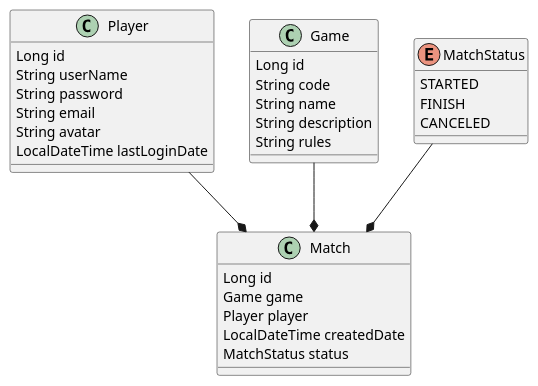
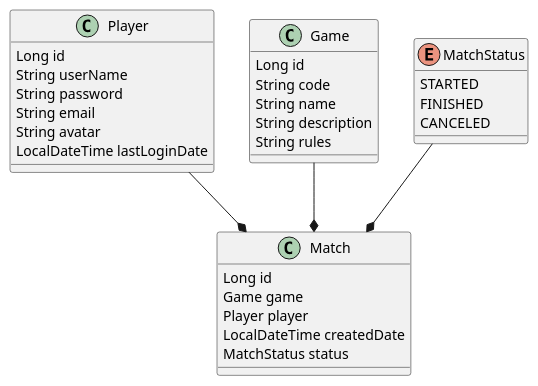
The diagram in docs/model/model.puml (114042-TOLEDO-BRUNO/Practica-Spring), drawn with PlantUML before and after one commit. The commit also changed 7 other files, not shown here.

```diff
--- a/docs/model/model.puml
+++ b/docs/model/model.puml
@@ -1,32 +1,32 @@
 @startuml
 class Player{
 Long id
 String userName
 String password
 String email
 String avatar
 LocalDateTime lastLoginDate
 }
 class Game{
 Long id
 String code
 String name
 String description
 String rules
 }
 class Match{
 Long id
 Game game
 Player player
 LocalDateTime createdDate
 MatchStatus status
 }
 enum MatchStatus{
 STARTED
-FINISH
+FINISHED
 CANCELED
 }
 MatchStatus--*Match
 Game --*Match
 Player--*Match
 @enduml
```
